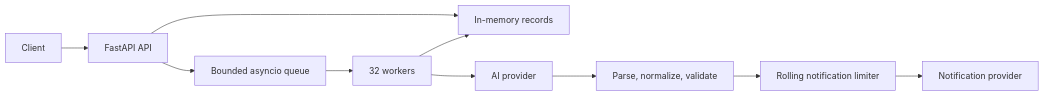
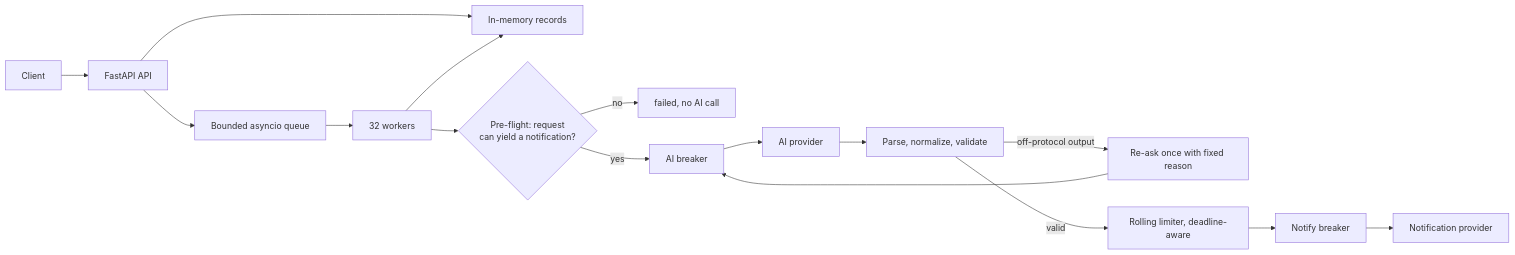
One commit to ivanlc/ai-python-test changed the diagram in docs/architecture.md. Above: the diagram before and after it, drawn with Mermaid. The commit also changed other lines of this file and 7 other files, not shown here.

````diff
--- a/docs/architecture.md
+++ b/docs/architecture.md
@@ -5,12 +5,15 @@
 ```mermaid
 flowchart LR
     Client --> API[FastAPI API]
     API --> Store[In-memory records]
     API --> Queue[Bounded asyncio queue]
     Queue --> Workers[32 workers]
-    Workers --> AI[AI provider]
+    Workers --> Pre{Pre-flight: request<br/>can yield a notification?}
+    Pre -- no --> Failed[failed, no AI call]
+    Pre -- yes --> AIB[AI breaker] --> AI[AI provider]
     AI --> Parse[Parse, normalize, validate]
-    Parse --> Rate[Rolling notification limiter]
-    Rate --> Notify[Notification provider]
+    Parse -- off-protocol output --> ReAsk[Re-ask once with fixed reason] --> AIB
+    Parse -- valid --> Rate[Rolling limiter, deadline-aware]
+    Rate --> NB[Notify breaker] --> Notify[Notification provider]
     Workers --> Store
 ```
````
